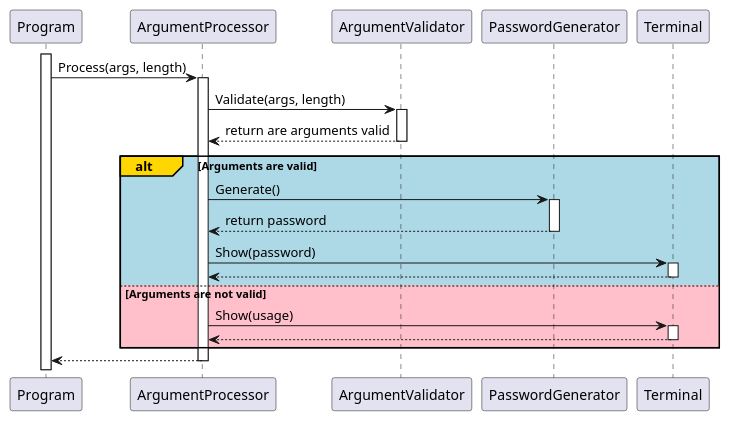
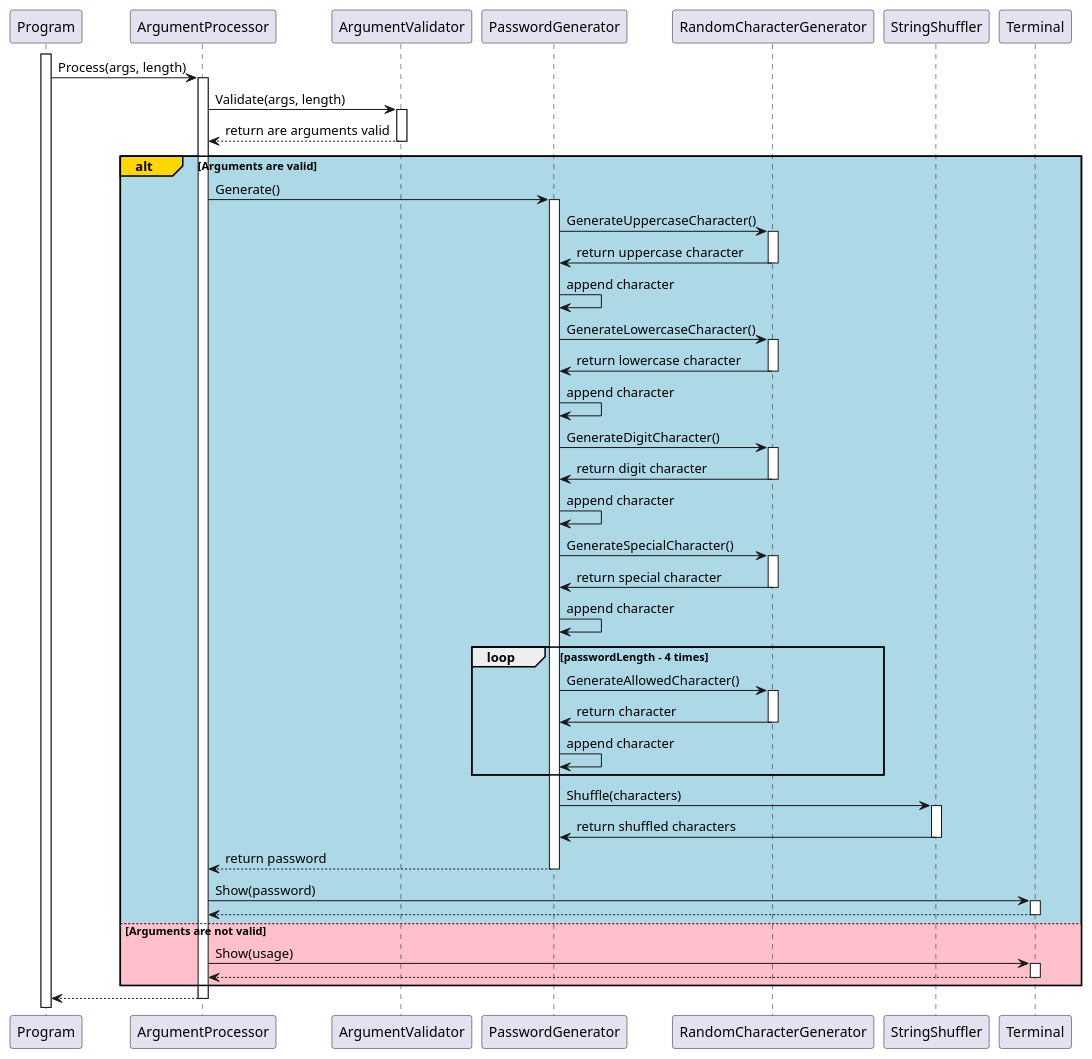
One commit to djvelimir/demo-cpp-cli changed the diagram in diagrams/Sequence.puml. Above: the diagram before and after it, drawn with PlantUML. The commit also changed 13 other files, not shown here.

Commit message:
Added random character generator and string shuffler

```diff
--- a/diagrams/Sequence.puml
+++ b/diagrams/Sequence.puml
@@ -1,38 +1,84 @@
 @startuml Sequence
 participant Program as program
 participant ArgumentProcessor as argumentProcessor
 participant ArgumentValidator as argumentValidator
 participant PasswordGenerator as passwordGenerator
+participant RandomCharacterGenerator as randomCharacterGenerator
+participant StringShuffler as stringShuffler
 participant Terminal as terminal
 
 activate program
 
 program -> argumentProcessor: Process(args, length)
 activate argumentProcessor
 
 argumentProcessor -> argumentValidator: Validate(args, length)
 activate argumentValidator
 argumentProcessor <-- argumentValidator: return are arguments valid
 deactivate argumentValidator
 
 alt#Gold #LightBlue Arguments are valid
     argumentProcessor -> passwordGenerator: Generate()
     activate passwordGenerator
+
+    passwordGenerator -> randomCharacterGenerator: GenerateUppercaseCharacter()
+    activate randomCharacterGenerator
+
+    randomCharacterGenerator -> passwordGenerator: return uppercase character
+    deactivate randomCharacterGenerator
+    passwordGenerator -> passwordGenerator: append character
+
+    passwordGenerator -> randomCharacterGenerator: GenerateLowercaseCharacter()
+    activate randomCharacterGenerator
+
+    randomCharacterGenerator -> passwordGenerator: return lowercase character
+    deactivate randomCharacterGenerator
+    passwordGenerator -> passwordGenerator: append character
+
+    passwordGenerator -> randomCharacterGenerator: GenerateDigitCharacter()
+    activate randomCharacterGenerator
+
+    randomCharacterGenerator -> passwordGenerator: return digit character
+    deactivate randomCharacterGenerator
+    passwordGenerator -> passwordGenerator: append character
+
+    passwordGenerator -> randomCharacterGenerator: GenerateSpecialCharacter()
+    activate randomCharacterGenerator
+
+    randomCharacterGenerator -> passwordGenerator: return special character
+    deactivate randomCharacterGenerator
+    passwordGenerator -> passwordGenerator: append character
+
+    loop passwordLength - 4 times
+        passwordGenerator -> randomCharacterGenerator: GenerateAllowedCharacter()
+        activate randomCharacterGenerator
+
+        randomCharacterGenerator -> passwordGenerator: return character
+        deactivate randomCharacterGenerator
+        passwordGenerator -> passwordGenerator: append character
+    end
+
+    passwordGenerator -> stringShuffler: Shuffle(characters)
+    activate stringShuffler
+
+    stringShuffler -> passwordGenerator: return shuffled characters
+    deactivate stringShuffler
+
     argumentProcessor <-- passwordGenerator: return password
     deactivate passwordGenerator
 
     argumentProcessor -> terminal: Show(password)
     activate terminal
     argumentProcessor <-- terminal
     deactivate terminal
 
 else #Pink Arguments are not valid
     argumentProcessor -> terminal: Show(usage)
     activate terminal
     argumentProcessor <-- terminal
     deactivate terminal
 end
 
 program <-- argumentProcessor
 deactivate argumentProcessor
 @enduml
```
